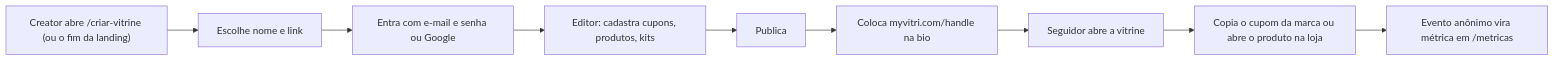
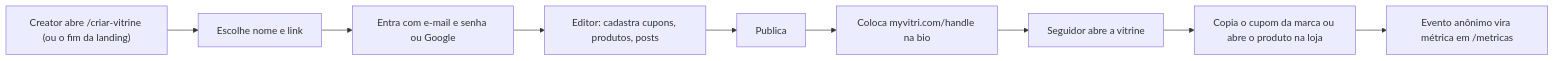
Before and after one commit to estevaons/myvitri: the first of 6 diagrams in docs/architecture.md, drawn with Mermaid. The commit also changed other lines of this file and 47 other files, not shown here.

````diff
--- a/docs/architecture.md
+++ b/docs/architecture.md
@@ -18,11 +18,11 @@
 ```mermaid
 graph LR
     A["Creator abre /criar-vitrine (ou o fim da landing)"] --> B["Escolhe nome e link"]
     B --> C["Entra com e-mail e senha ou Google"]
-    C --> D["Editor: cadastra cupons, produtos, kits"]
+    C --> D["Editor: cadastra cupons, produtos, posts"]
     D --> E["Publica"]
     E --> F["Coloca myvitri.com/handle na bio"]
     F --> G["Seguidor abre a vitrine"]
     G --> H["Copia o cupom da marca ou abre o produto na loja"]
     H --> I["Evento anônimo vira métrica em /metricas"]
 ```
````
